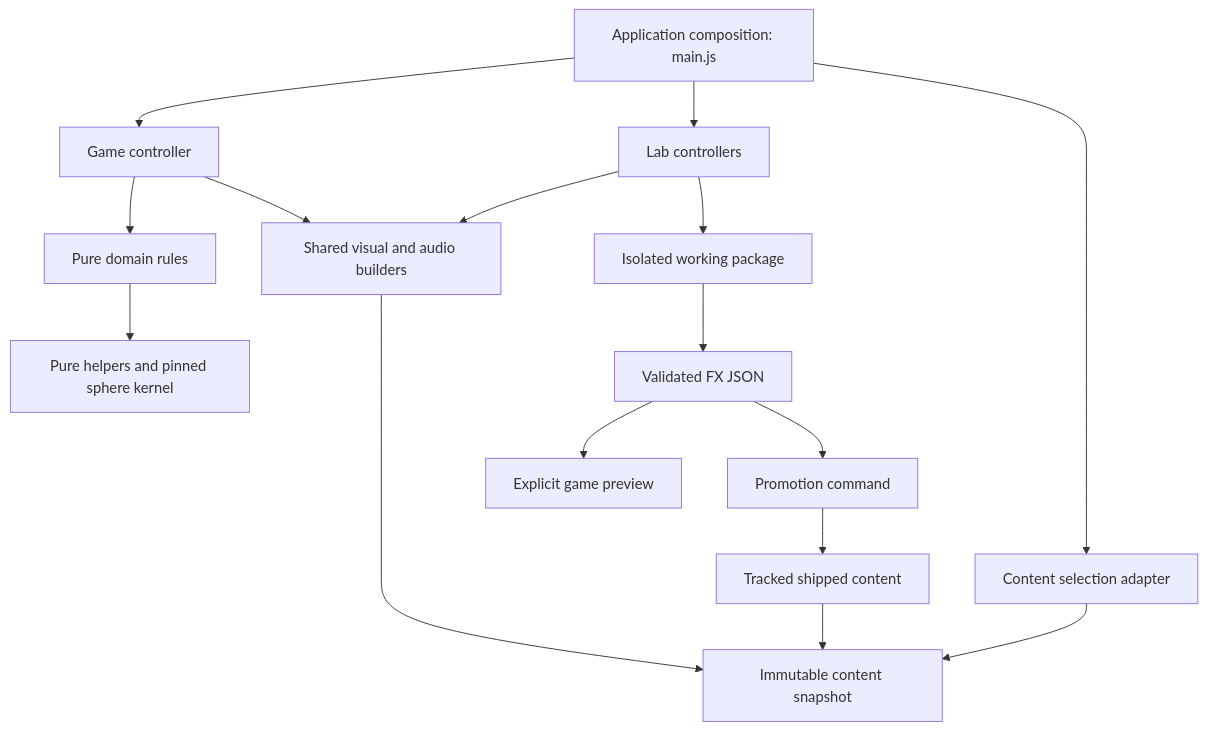
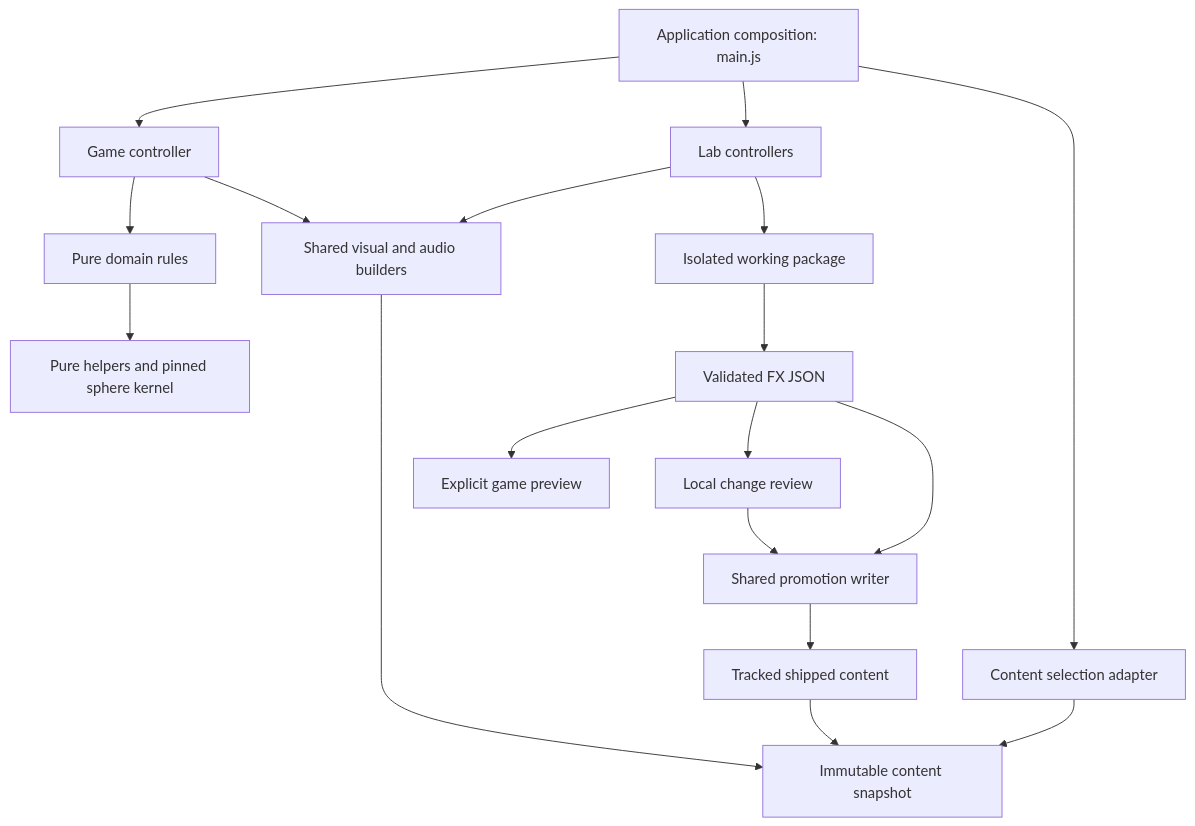
Before and after one commit to kai-denrei/stalheart: the diagram in docs/ARCHITECTURE.md, drawn with Mermaid. The commit also changed other lines of this file and 192 other files, not shown here.

````diff
--- a/docs/ARCHITECTURE.md
+++ b/docs/ARCHITECTURE.md
@@ -7,18 +7,20 @@
 ```mermaid
 flowchart TD
   App[Application composition: main.js] --> Game[Game controller]
   App --> Labs[Lab controllers]
   App --> Bootstrap[Content selection adapter]
   Bootstrap --> Content[Immutable content snapshot]
   Game --> Rules[Pure domain rules]
   Game --> Presentation[Shared visual and audio builders]
   Labs --> Presentation
   Labs --> Draft[Isolated working package]
   Draft --> Artifact[Validated FX JSON]
   Artifact --> Preview[Explicit game preview]
-  Artifact --> Promote[Promotion command]
+  Artifact --> Review[Local change review]
+  Review --> Promote[Shared promotion writer]
+  Artifact --> Promote
   Promote --> Shipped[Tracked shipped content]
   Shipped --> Content
   Presentation --> Content
   Rules --> Core[Pure helpers and pinned sphere kernel]
 ```
````
